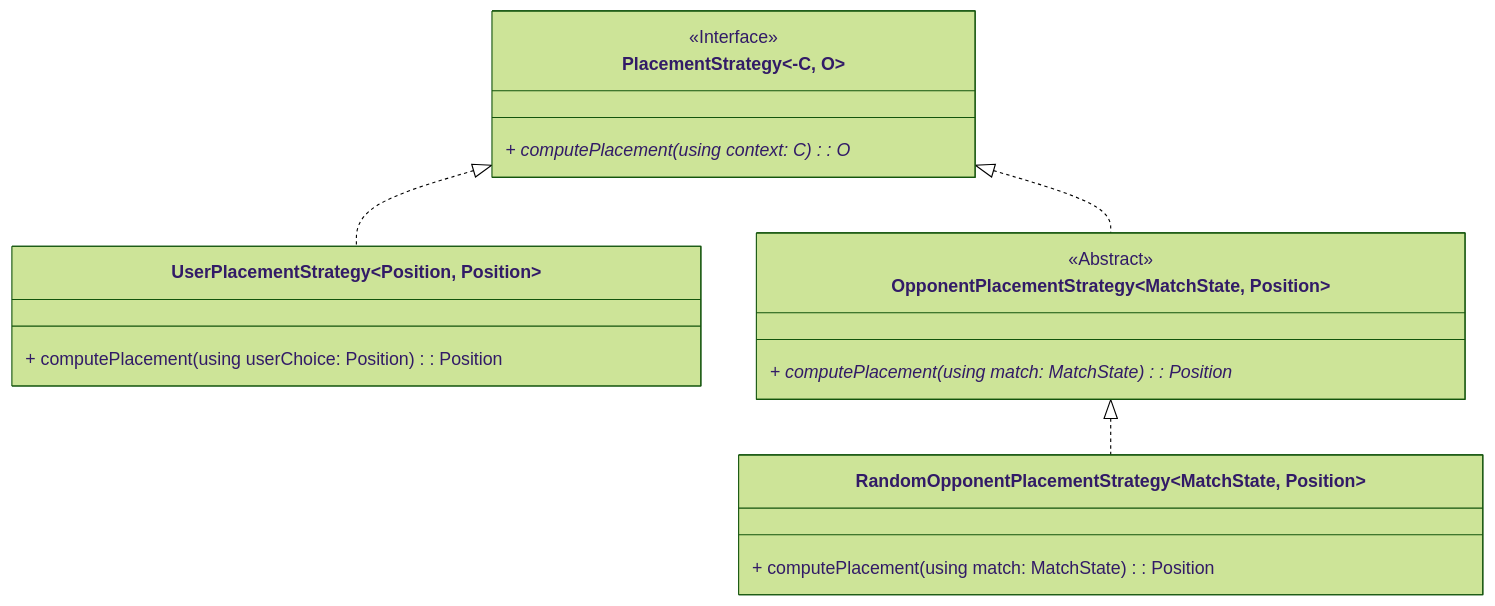
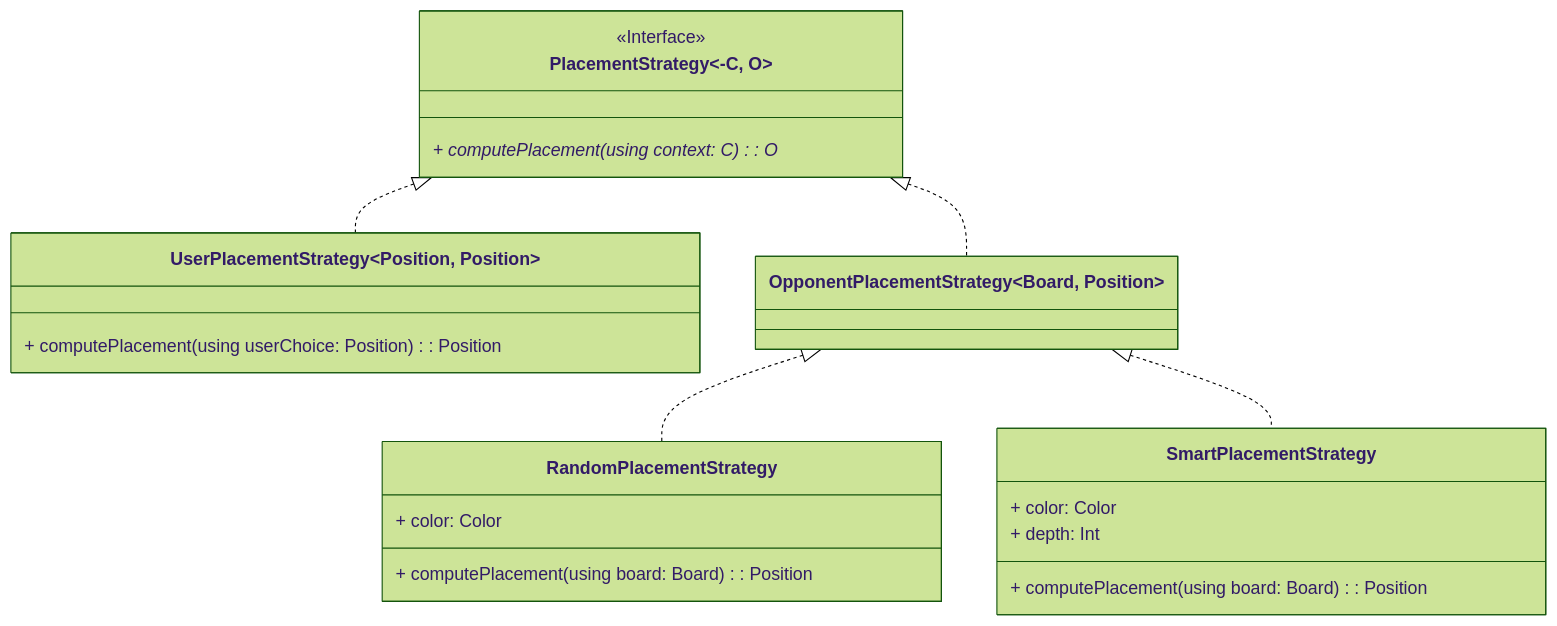
The third of 11 diagrams in docs/report/5-detailed-design.md (Borgotto/PPS-25-scalatello), drawn with Mermaid (forest theme) before and after one commit. The commit also changed other lines of this file, not shown here.

Commit message:
Update Player and Strategy detailed design

````diff
--- a/docs/report/5-detailed-design.md
+++ b/docs/report/5-detailed-design.md
@@ -77,19 +81,25 @@
 ```mermaid
 classDiagram
     class PlacementStrategy~-C, O~ <<Interface>> {
         + computePlacement(using context: C)*: O
     }
     class UserPlacementStrategy~Position, Position~ {
         + computePlacement(using userChoice: Position): Position
     }
-    class OpponentPlacementStrategy ~MatchState, Position~ <<Abstract>> {
-        + computePlacement(using match: MatchState)*: Position
+    class OpponentPlacementStrategy ~Board, Position~ {
     }
-    class RandomOpponentPlacementStrategy~MatchState, Position~ {
-        + computePlacement(using match: MatchState): Position
+    class RandomPlacementStrategy {
+        + color: Color
+        + computePlacement(using board: Board): Position
+    }
+    class SmartPlacementStrategy {
+        + color: Color
+        + depth: Int
+        + computePlacement(using board: Board): Position
     }
 
     PlacementStrategy <|.. UserPlacementStrategy
     PlacementStrategy <|.. OpponentPlacementStrategy
-    OpponentPlacementStrategy <|.. RandomOpponentPlacementStrategy
+    OpponentPlacementStrategy <|.. RandomPlacementStrategy
+    OpponentPlacementStrategy <|.. SmartPlacementStrategy
 ```
````
